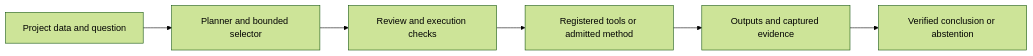
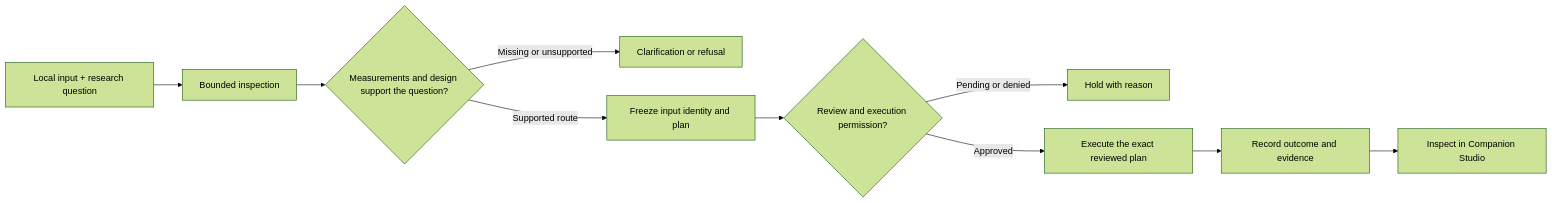
The diagram in README.md (Vajraaaang/bio-agent-harness), drawn with Mermaid (forest theme) before and after one commit. The commit also changed other lines of this file and 1037 other files, not shown here.

Commit message:
Publish Companion Studio and its RNA agent verification workflows

````diff
--- a/README.md
+++ b/README.md
@@ -52,8 +33,12 @@
 ```mermaid
 flowchart LR
-    A[Project data and question] --> B[Planner and bounded selector]
-    B --> C[Review and execution checks]
-    C --> D[Registered tools or admitted method]
-    D --> E[Outputs and captured evidence]
-    E --> F[Verified conclusion or abstention]
+    A["Local input + research question"] --> B["Bounded inspection"]
+    B --> C{"Measurements and design support the question?"}
+    C -->|"Missing or unsupported"| D["Clarification or refusal"]
+    C -->|"Supported route"| E["Freeze input identity and plan"]
+    E --> F{"Review and execution permission?"}
+    F -->|"Pending or denied"| G["Hold with reason"]
+    F -->|"Approved"| H["Execute the exact reviewed plan"]
+    H --> I["Record outcome and evidence"]
+    I --> J["Inspect in Companion Studio"]
 ```
````
